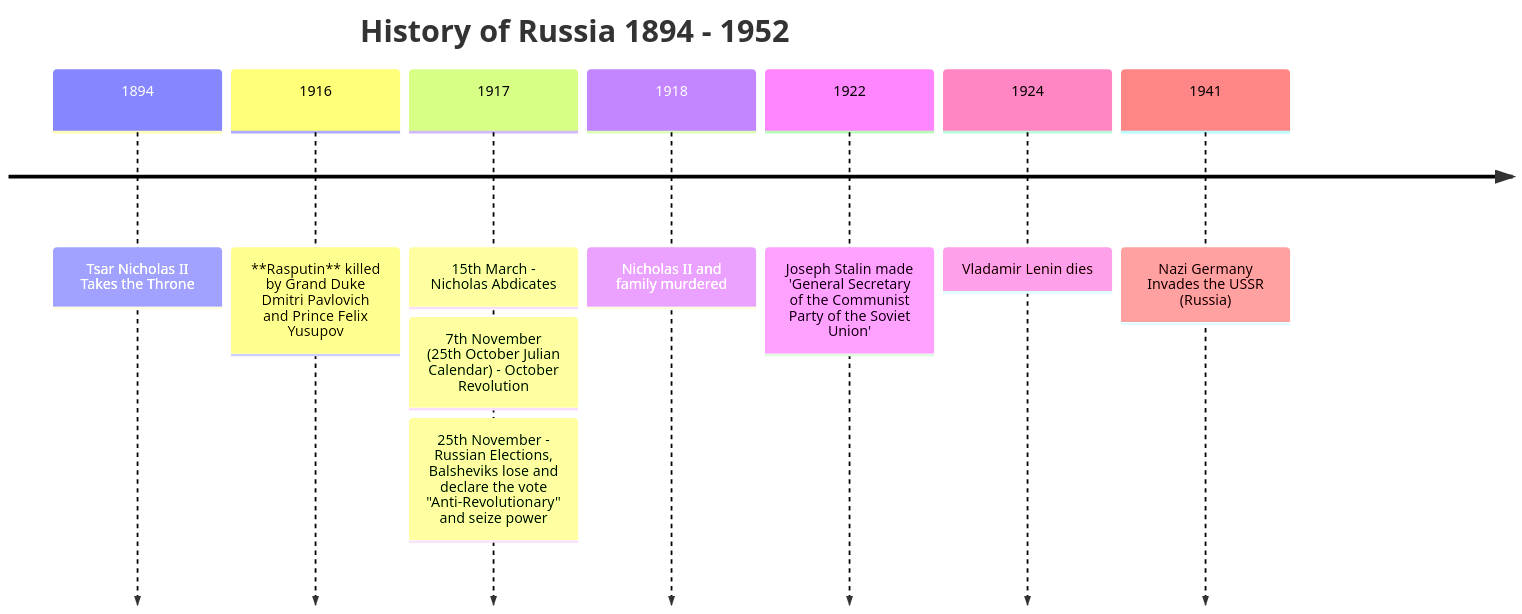
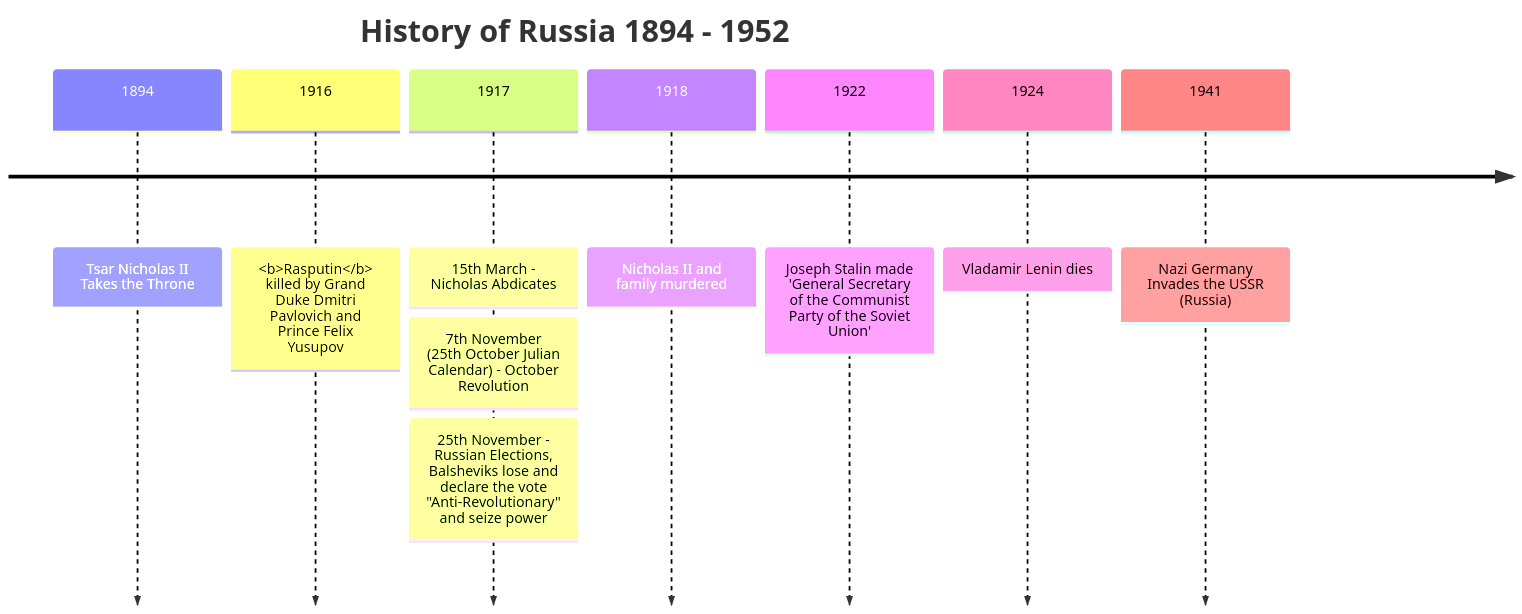
One commit to GuySymonds/HistoryGCSE changed the diagram in README.md. Above: the diagram before and after it, drawn with Mermaid. The commit also changed other lines of this file, not shown here.

Commit message:
Update README.md
Testing bold

````diff
--- a/README.md
+++ b/README.md
@@ -4,13 +4,13 @@
 ```mermaid
 timeline
     title History of Russia 1894 - 1952
     1894 : Tsar Nicholas II Takes the Throne
-    1916 : **Rasputin** killed by Grand Duke Dmitri Pavlovich and Prince Felix Yusupov
+    1916 : <b>Rasputin</b> killed by Grand Duke Dmitri Pavlovich and Prince Felix Yusupov
     1917 : 15th March - Nicholas Abdicates
          : 7th November (25th October Julian Calendar) - October Revolution
          : 25th November - Russian Elections, Balsheviks lose and declare the vote "Anti-Revolutionary" and seize power
     1918 : Nicholas II and family murdered
     1922 : Joseph Stalin made 'General Secretary of the Communist Party of the Soviet Union'
     1924 : Vladamir Lenin dies
     1941 : Nazi Germany Invades the USSR (Russia)
 ```
````
